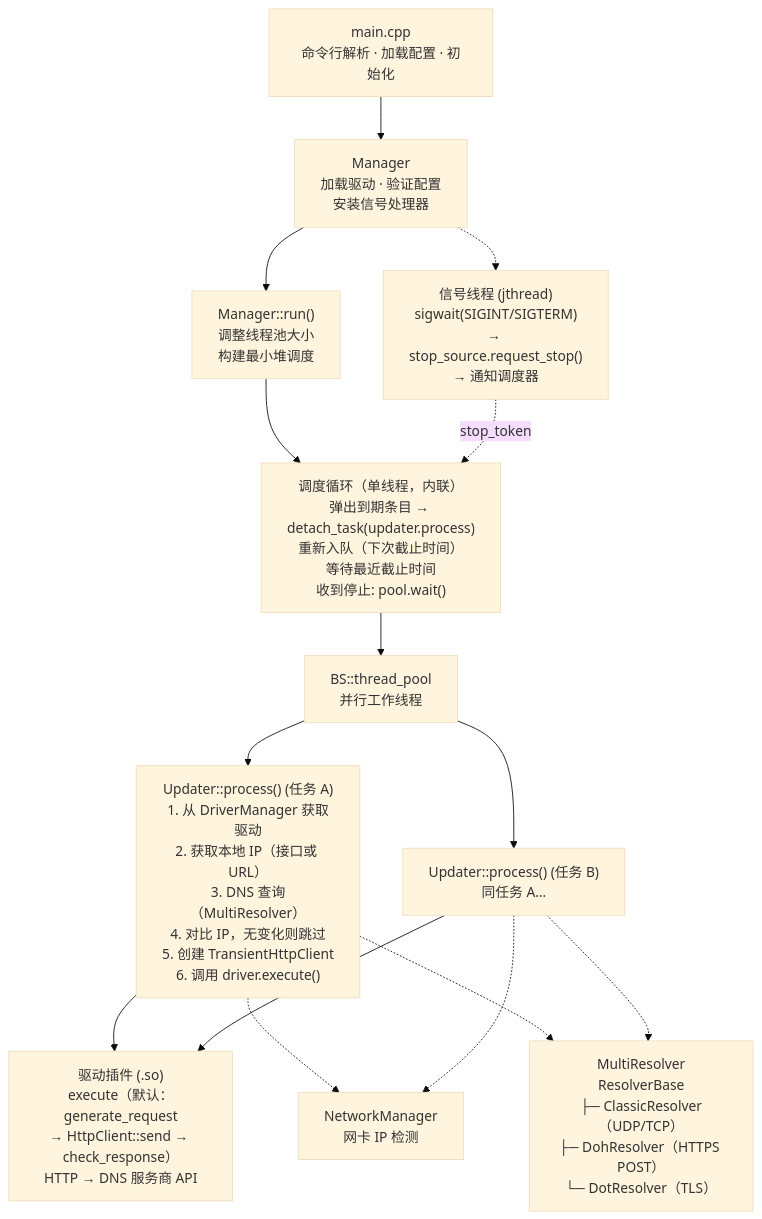
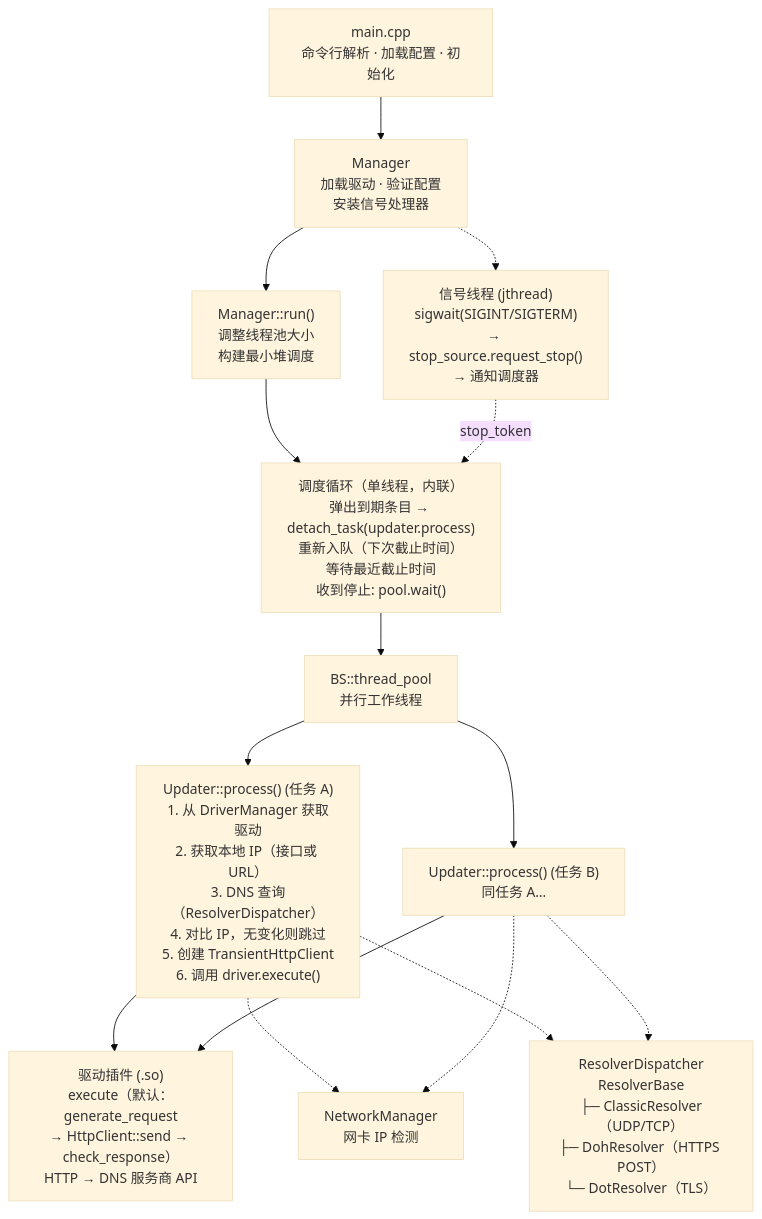
One commit to CyberKoo/yaddnsc changed the diagram in README_CN.md. Above: the diagram before and after it, drawn with Mermaid (base theme). The commit also changed other lines of this file and 19 other files, not shown here.

First line of the commit message:
Refactor: rename MultiResolver to ResolverDispatcher

````diff
--- a/README_CN.md
+++ b/README_CN.md
@@ -26,57 +26,57 @@
 ```mermaid
 flowchart TB
     main["main.cpp
 命令行解析 · 加载配置 · 初始化"]
     mgr["Manager
 加载驱动 · 验证配置
 安装信号处理器"]
     run["Manager::run()
 调整线程池大小
 构建最小堆调度"]
     sched["调度循环（单线程，内联）
 弹出到期条目 → detach_task(updater.process)
 重新入队（下次截止时间）
 等待最近截止时间
 收到停止: pool.wait()"]
     signal["信号线程 (jthread)
 sigwait(SIGINT/SIGTERM)
 → stop_source.request_stop()
 → 通知调度器"]
     pool["BS::thread_pool
 并行工作线程"]
     updaterA["Updater::process() (任务 A)
 1. 从 DriverManager 获取驱动
 2. 获取本地 IP（接口或 URL）
-3. DNS 查询（MultiResolver）
+3. DNS 查询（ResolverDispatcher）
 4. 对比 IP，无变化则跳过
 5. 创建 TransientHttpClient
 6. 调用 driver.execute()"]
     updaterB["Updater::process() (任务 B)
 同任务 A…"]
     driver["驱动插件 (.so)
 execute（默认：generate_request
 → HttpClient::send → check_response）
 HTTP → DNS 服务商 API"]
     net["NetworkManager
 网卡 IP 检测"]
-    dns["MultiResolver
+    dns["ResolverDispatcher
 ResolverBase
 ├─ ClassicResolver（UDP/TCP）
 ├─ DohResolver（HTTPS POST）
 └─ DotResolver（TLS）"]
 
     main --> mgr
     mgr --> run
     run --> sched
     mgr -.-> signal
     signal -.->|stop_token| sched
     sched --> pool
     pool --> updaterA
     pool --> updaterB
     updaterA --> driver
     updaterB --> driver
     updaterA -.-> net
     updaterB -.-> net
     updaterA -.-> dns
     updaterB -.-> dns
 ```
````
